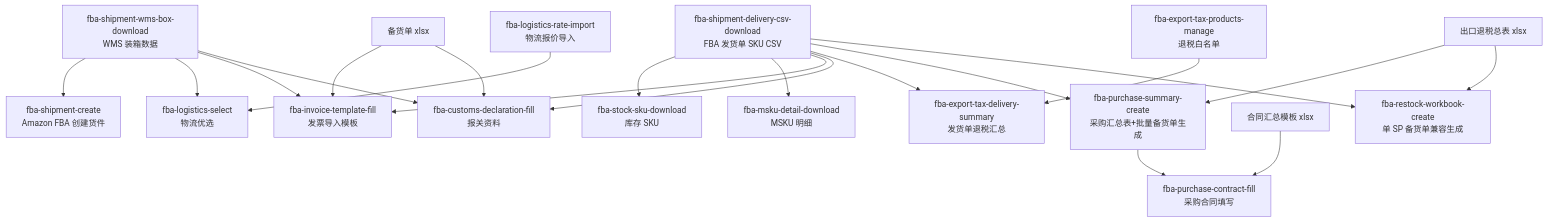
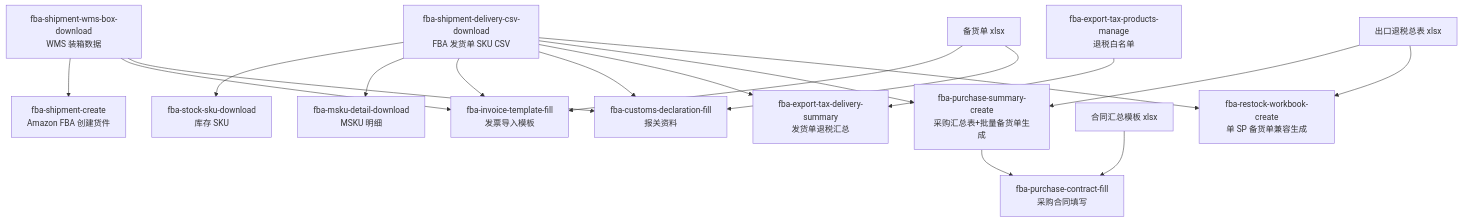
One commit to LXE123/LXE_AGENT changed the diagram in skills/fba-workflow-map/SKILL.md. Above: the diagram before and after it, drawn with Mermaid. The commit also changed other lines of this file and 35 other files, not shown here.

````diff
--- a/skills/fba-workflow-map/SKILL.md
+++ b/skills/fba-workflow-map/SKILL.md
@@ -25,24 +25,22 @@
 ```mermaid
 flowchart TD
   A["fba-shipment-delivery-csv-download<br/>FBA 发货单 SKU CSV"] --> B["fba-stock-sku-download<br/>库存 SKU"]
   A --> C["fba-msku-detail-download<br/>MSKU 明细"]
   A --> D["fba-invoice-template-fill<br/>发票导入模板"]
 
   E["fba-shipment-wms-box-download<br/>WMS 装箱数据"] --> F["fba-shipment-create<br/>Amazon FBA 创建货件"]
-  E --> G["fba-logistics-select<br/>物流优选"]
   E --> D
   L["备货单 xlsx"] --> D
   A --> H["fba-customs-declaration-fill<br/>报关资料"]
   E --> H["fba-customs-declaration-fill<br/>报关资料"]
   L["备货单 xlsx"] --> H
 
   A --> I["fba-export-tax-delivery-summary<br/>发货单退税汇总"]
   J["fba-export-tax-products-manage<br/>退税白名单"] --> I
-  K["fba-logistics-rate-import<br/>物流报价导入"] --> G
   A --> M["fba-purchase-summary-create<br/>采购汇总表+批量备货单生成"]
   N["出口退税总表 xlsx"] --> M
   M --> P["fba-purchase-contract-fill<br/>采购合同填写"]
   Q["合同汇总模板 xlsx"] --> P
   A --> O["fba-restock-workbook-create<br/>单 SP 备货单兼容生成"]
   N --> O
 ```
````
